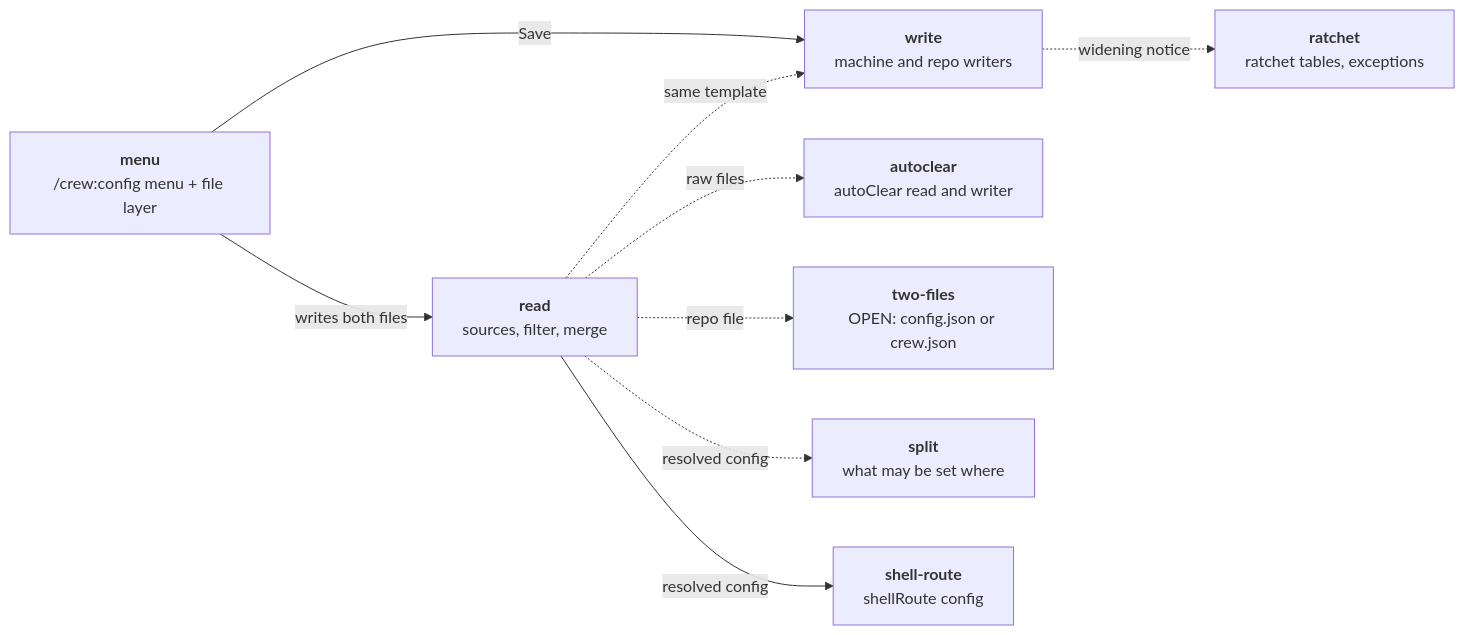
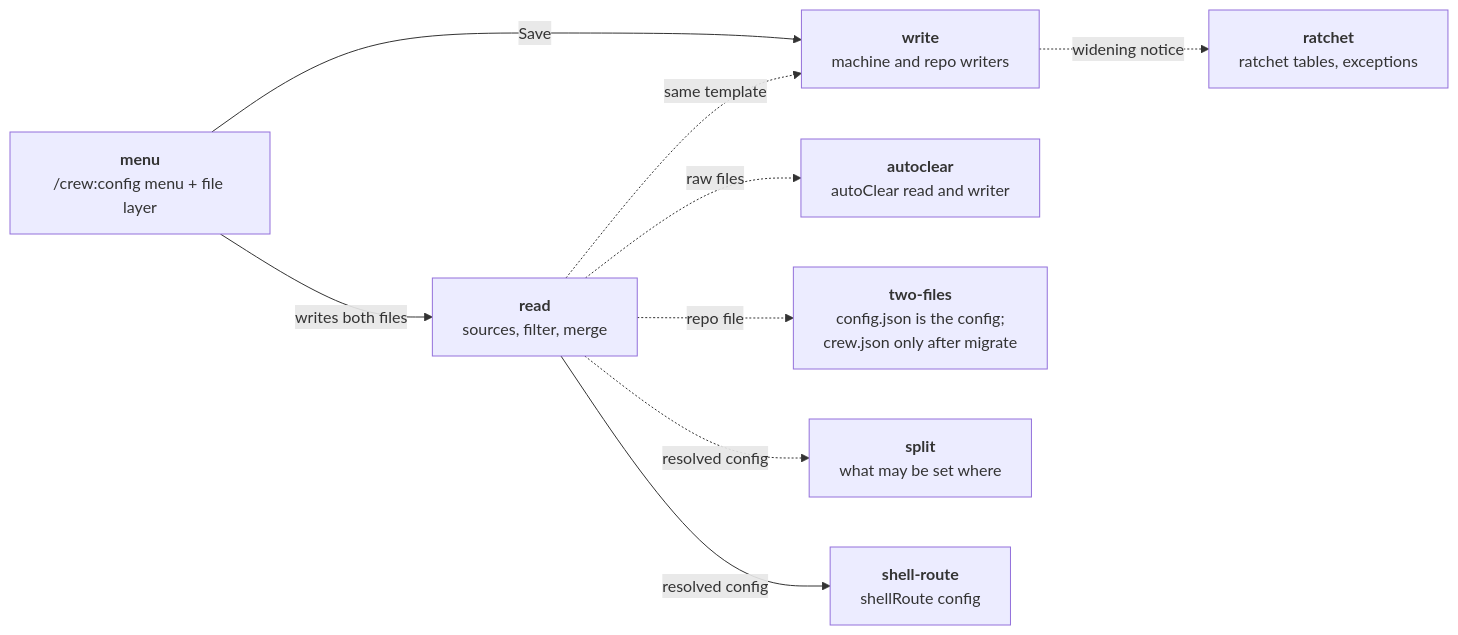
Before and after one commit to mbadali25/useful-claude-add-ons: diagram 12 of 37 in docs/diagrams/README.md, drawn with Mermaid. The commit also changed other lines of this file and 70 other files, not shown here.

````diff
--- a/docs/diagrams/README.md
+++ b/docs/diagrams/README.md
@@ -491,20 +518,20 @@
 ```mermaid
 flowchart LR
     menu["<b>menu</b><br/>/crew:config menu + file layer"]
     read["<b>read</b><br/>sources, filter, merge"]
     write["<b>write</b><br/>machine and repo writers"]
     ratchet["<b>ratchet</b><br/>ratchet tables, exceptions"]
     autoclear["<b>autoclear</b><br/>autoClear read and writer"]
-    twofiles["<b>two-files</b><br/>OPEN: config.json or crew.json"]
+    twofiles["<b>two-files</b><br/>config.json is the config;<br/>crew.json only after migrate"]
     split["<b>split</b><br/>what may be set where"]
     shell["<b>shell-route</b><br/>shellRoute config"]
 
     menu -->|"writes both files"| read
     menu -->|"Save"| write
     read -.->|"same template"| write
     write -.->|"widening notice"| ratchet
     read -.->|"raw files"| autoclear
     read -.->|"repo file"| twofiles
     read -.->|"resolved config"| split
     read -->|"resolved config"| shell
 ```
````
